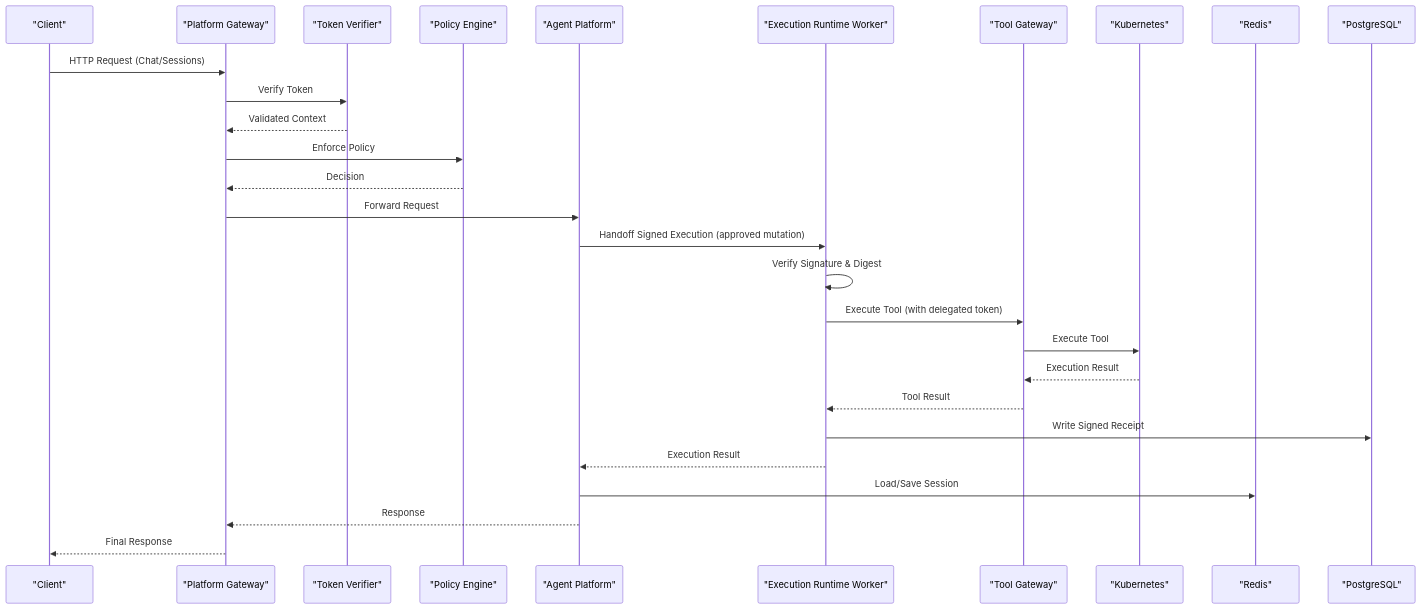
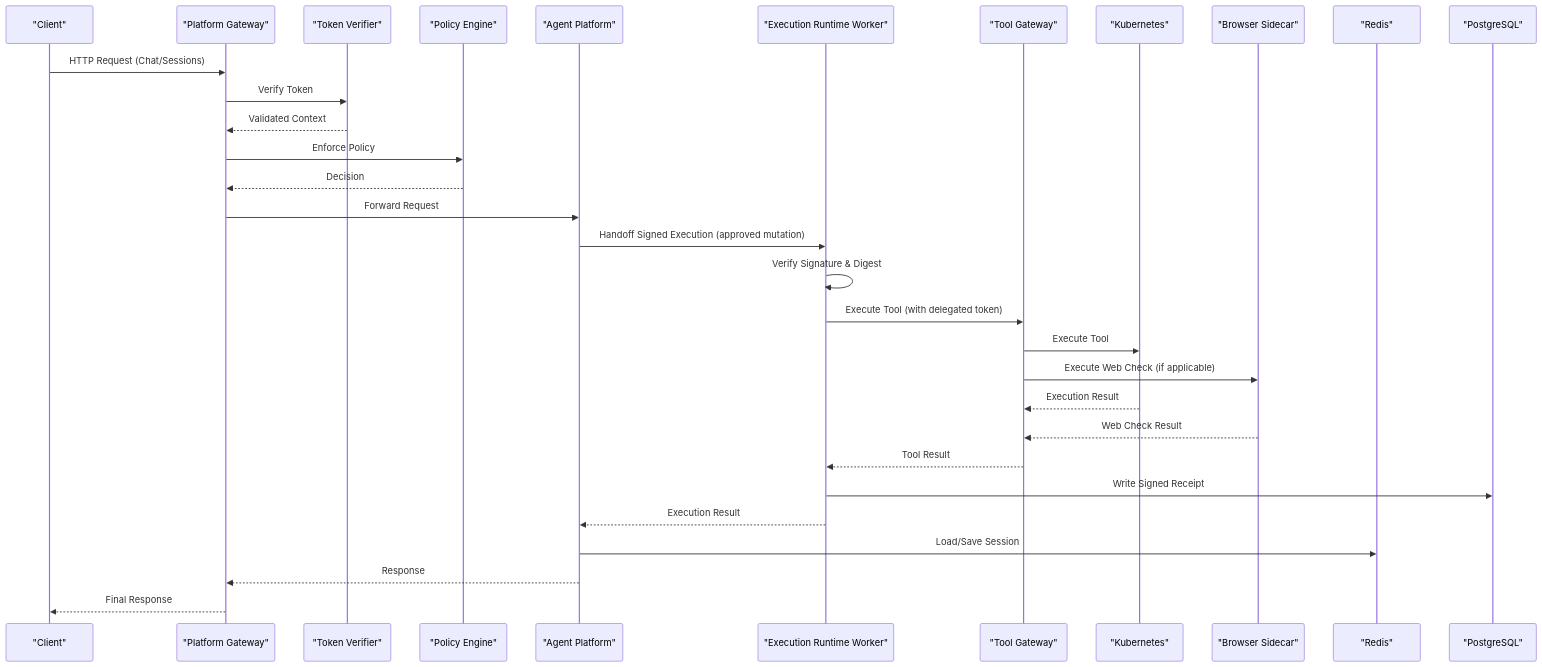
Before and after one commit to metasync/luban-aiops: the second of 11 diagrams in .qoder/repowiki/en/content/Architecture Documentation/Architecture Documentation.md, drawn with Mermaid. The commit also changed other lines of this file and 35 other files, not shown here.

First line of the commit message:
docs: document SPEC-049 browser web-check tools and refresh repowiki (v0.31.0)

````diff
--- a/.qoder/repowiki/en/content/Architecture Documentation/Architecture Documentation.md
+++ b/.qoder/repowiki/en/content/Architecture Documentation/Architecture Documentation.md
@@ -244,30 +253,33 @@
 ```mermaid
 sequenceDiagram
 participant Client as "Client"
 participant Portal as "Platform Gateway"
 participant Auth as "Token Verifier"
 participant Policy as "Policy Engine"
 participant Agent as "Agent Platform"
 participant Worker as "Execution Runtime Worker"
 participant ToolGW as "Tool Gateway"
 participant K8S as "Kubernetes"
+participant Browser as "Browser Sidecar"
 participant Redis as "Redis"
 participant Postgres as "PostgreSQL"
 Client->>Portal : HTTP Request (Chat/Sessions)
 Portal->>Auth : Verify Token
 Auth-->>Portal : Validated Context
 Portal->>Policy : Enforce Policy
 Policy-->>Portal : Decision
 Portal->>Agent : Forward Request
 Agent->>Worker : Handoff Signed Execution (approved mutation)
 Worker->>Worker : Verify Signature & Digest
 Worker->>ToolGW : Execute Tool (with delegated token)
 ToolGW->>K8S : Execute Tool
+ToolGW->>Browser : Execute Web Check (if applicable)
 K8S-->>ToolGW : Execution Result
+Browser-->>ToolGW : Web Check Result
 ToolGW-->>Worker : Tool Result
 Worker->>Postgres : Write Signed Receipt
 Worker-->>Agent : Execution Result
 Agent->>Redis : Load/Save Session
 Agent-->>Portal : Response
 Portal-->>Client : Final Response
 ```
````
